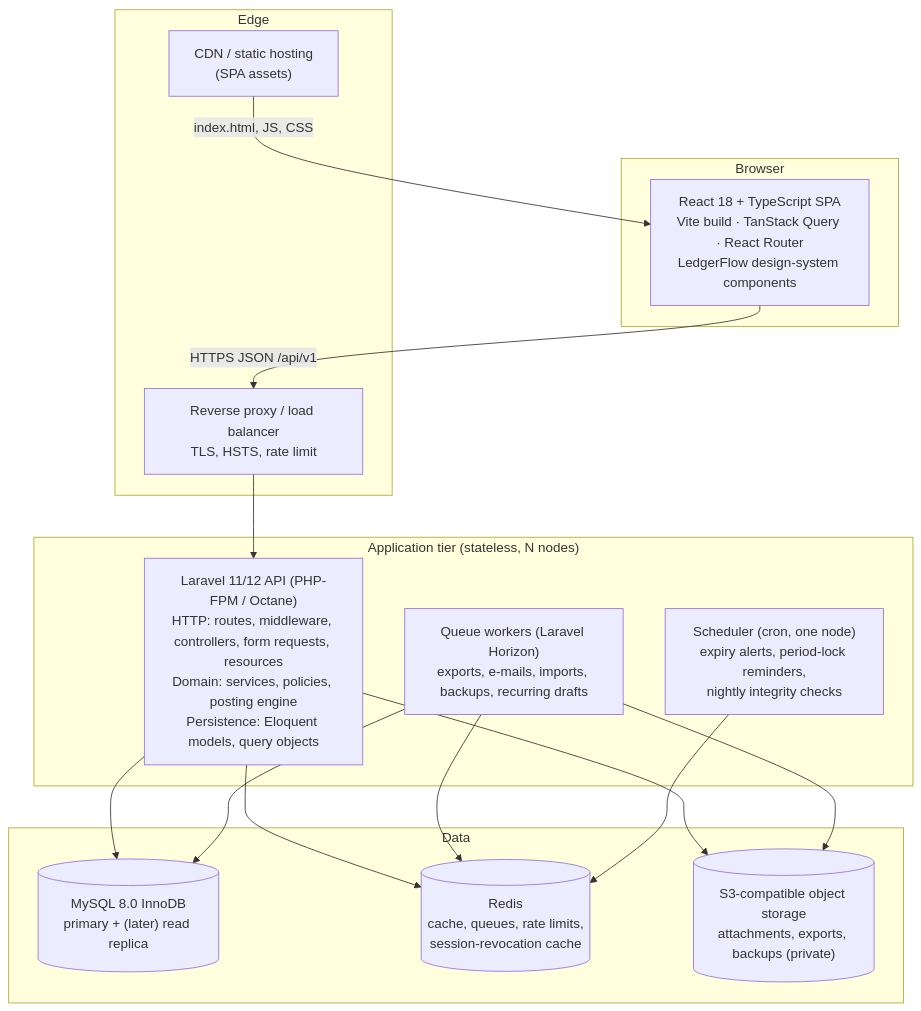
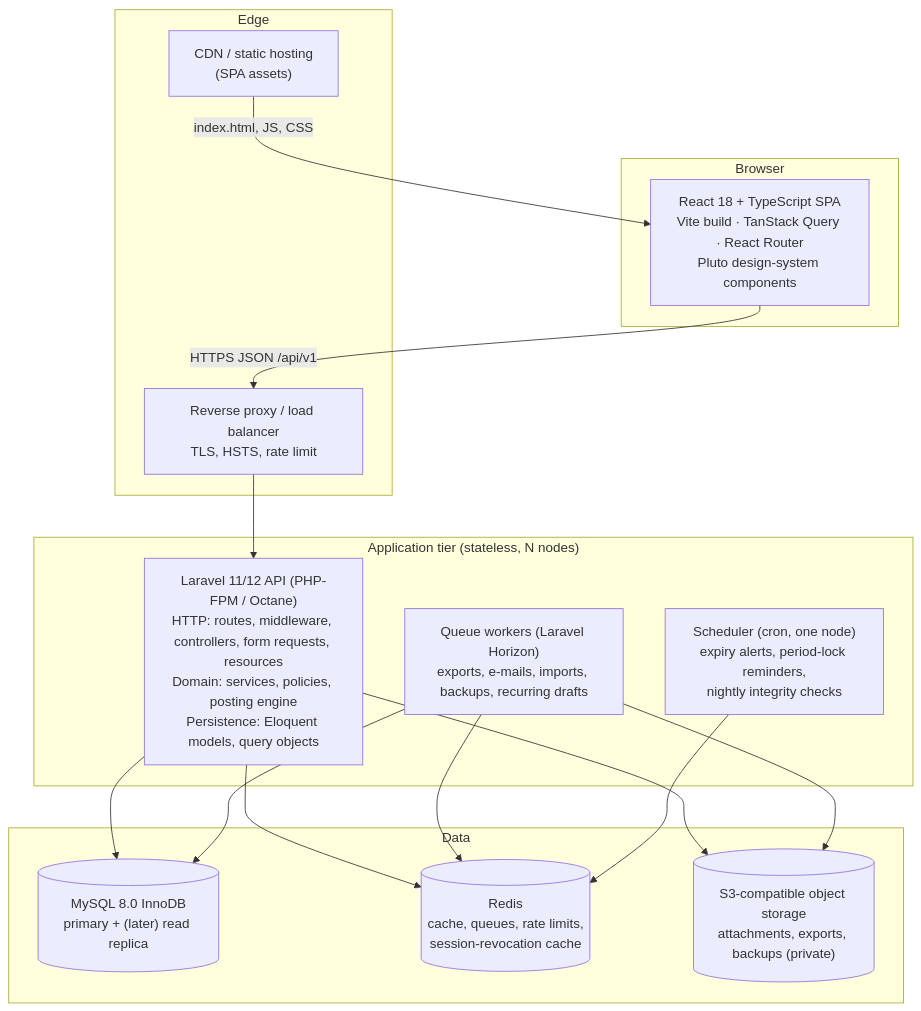
One commit to Samin1362/Pluto-ERP-Project-Backend changed the second of 9 diagrams in docs/03-System-Architecture.md. Above: the diagram before and after it, drawn with Mermaid. The commit also changed other lines of this file and 79 other files, not shown here.

First line of the commit message:
PEP-437 PEP-438 PEP-439 P1.7-BE: rename LedgerFlow to Pluto (code, databases, docs; contract changed)

````diff
--- a/docs/03-System-Architecture.md
+++ b/docs/03-System-Architecture.md
@@ -37,30 +37,30 @@
 ```mermaid
 flowchart TB
     subgraph Browser
-        SPA["React 18 + TypeScript SPA<br/>Vite build · TanStack Query · React Router<br/>LedgerFlow design-system components"]
+        SPA["React 18 + TypeScript SPA<br/>Vite build · TanStack Query · React Router<br/>Pluto design-system components"]
     end
     subgraph Edge
         CDN["CDN / static hosting<br/>(SPA assets)"]
         LB["Reverse proxy / load balancer<br/>TLS, HSTS, rate limit"]
     end
     subgraph App["Application tier (stateless, N nodes)"]
         API["Laravel 11/12 API (PHP-FPM / Octane)<br/>HTTP: routes, middleware, controllers, form requests, resources<br/>Domain: services, policies, posting engine<br/>Persistence: Eloquent models, query objects"]
         WRK["Queue workers (Laravel Horizon)<br/>exports, e-mails, imports, backups, recurring drafts"]
         SCH["Scheduler (cron, one node)<br/>expiry alerts, period-lock reminders,<br/>nightly integrity checks"]
     end
     subgraph Data
         DB[("MySQL 8.0 InnoDB<br/>primary + (later) read replica")]
         RD[("Redis<br/>cache, queues, rate limits,<br/>session-revocation cache")]
         S3[("S3-compatible object storage<br/>attachments, exports, backups (private)")]
     end
     SPA -- "HTTPS JSON /api/v1" --> LB
     CDN -- "index.html, JS, CSS" --> SPA
     LB --> API
     API --> DB
     API --> RD
     API --> S3
     WRK --> DB
     WRK --> RD
     WRK --> S3
     SCH --> RD
 ```
````
